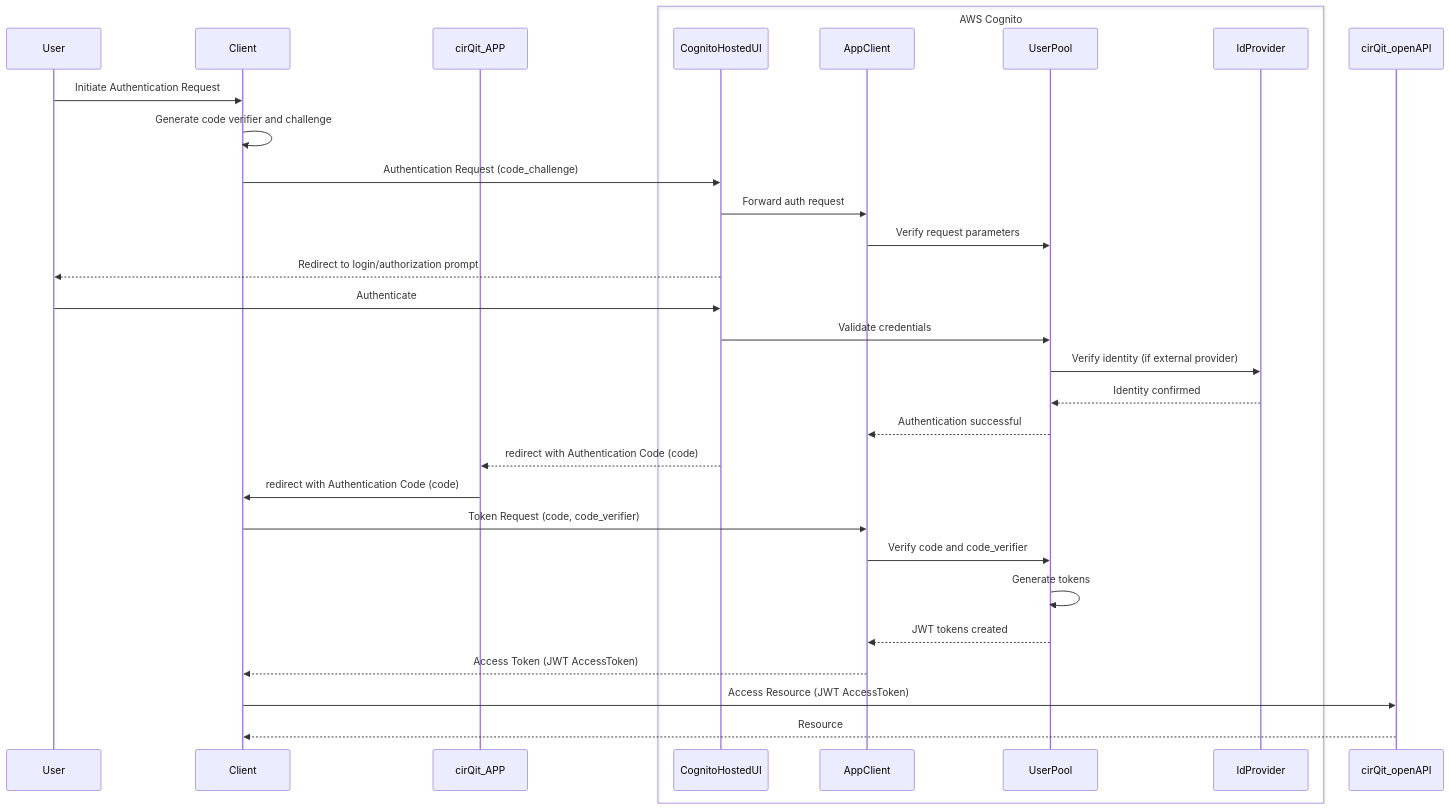
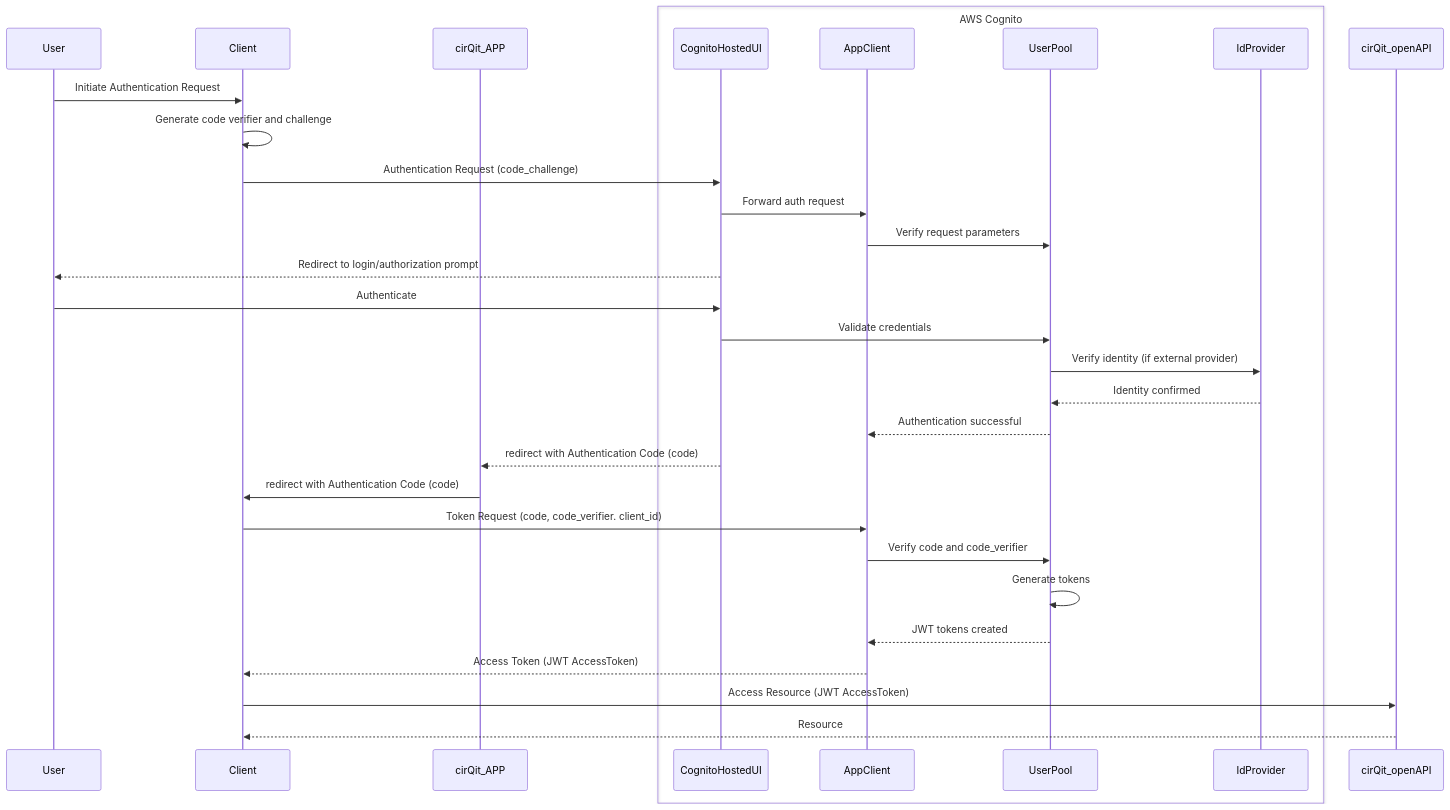
The diagram in example/pkce-authentication-flow/README.md (the-cirqit-editor/cirqit-openAPI), drawn with Mermaid before and after one commit.

Commit message:
CIR-590 document the flows

````diff
--- a/example/pkce-authentication-flow/README.md
+++ b/example/pkce-authentication-flow/README.md
@@ -7,35 +7,35 @@
 ``` mermaid
 sequenceDiagram
     participant User
     participant Client
     participant cirQit_APP
     box AWS Cognito
         participant CognitoHostedUI
         participant AppClient
         participant UserPool
         participant IdProvider
     end
     participant cirQit_openAPI
 
     User->>Client: Initiate Authentication Request
     Client->>Client: Generate code verifier and challenge
     Client->>CognitoHostedUI: Authentication Request (code_challenge)
     CognitoHostedUI->>AppClient: Forward auth request
     AppClient->>UserPool: Verify request parameters
     CognitoHostedUI-->>User: Redirect to login/authorization prompt
     User->>CognitoHostedUI: Authenticate
     CognitoHostedUI->>UserPool: Validate credentials
     UserPool->>IdProvider: Verify identity (if external provider)
     IdProvider-->>UserPool: Identity confirmed
     UserPool-->>AppClient: Authentication successful
     CognitoHostedUI-->>cirQit_APP: redirect with Authentication Code (code)
     cirQit_APP->>Client: redirect with Authentication Code (code)
-    Client->>AppClient: Token Request (code, code_verifier)
+    Client->>AppClient: Token Request (code, code_verifier. client_id)
     AppClient->>UserPool: Verify code and code_verifier
     UserPool->>UserPool: Generate tokens
     UserPool-->>AppClient: JWT tokens created
     AppClient-->>Client: Access Token (JWT AccessToken)
     Client->>cirQit_openAPI: Access Resource (JWT AccessToken)
     cirQit_openAPI-->>Client: Resource
 
 ```
````
